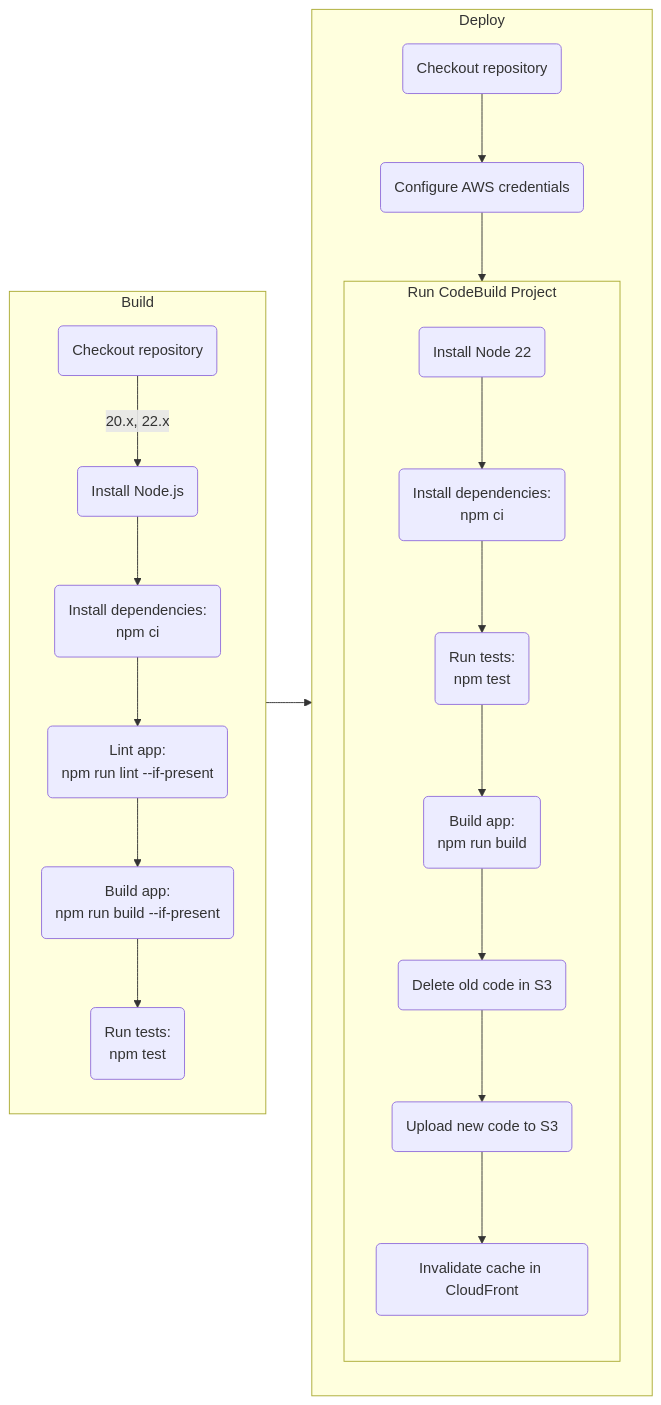
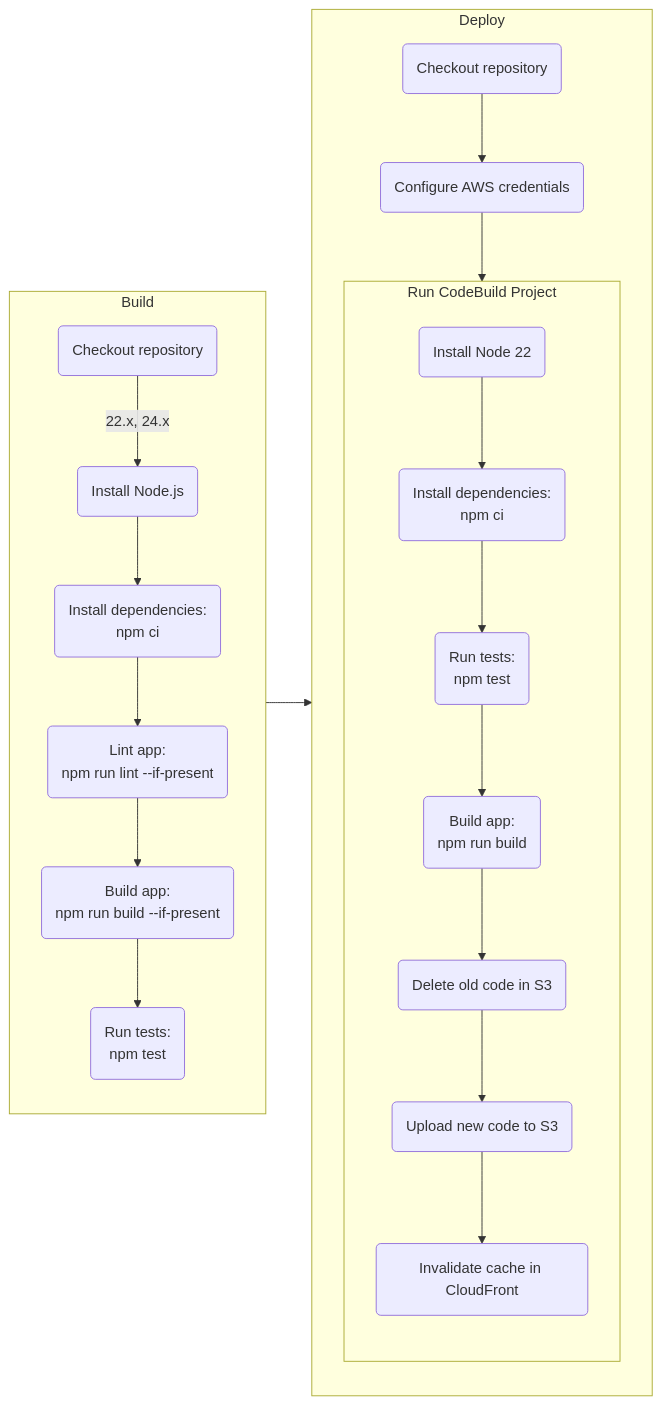
Before and after one commit to Abhiek187/aws-shop: the first of 4 diagrams in README.md, drawn with Mermaid. The commit also changed 1 other file, not shown here.

Commit message:
Update Node versions

````diff
--- a/README.md
+++ b/README.md
@@ -50,30 +50,30 @@
 ```mermaid
 flowchart LR
 
 A --> B
 
 subgraph A [Build]
 direction TB
-C(Checkout repository) -->|20.x, 22.x| D(Install Node.js)
+C(Checkout repository) -->|22.x, 24.x| D(Install Node.js)
 D --> E(Install dependencies:<br>npm ci)
 E --> F(Lint app:<br>npm run lint --if-present)
 F --> G(Build app:<br>npm run build --if-present)
 G --> H(Run tests:<br>npm test)
 end
 
 subgraph B [Deploy]
 direction TB
 I(Checkout repository) --> J(Configure AWS credentials)
 J --> K
 end
 
 subgraph K [Run CodeBuild Project]
 direction TB
 L(Install Node 22) --> M(Install dependencies:<br>npm ci)
 M --> N(Run tests:<br>npm test)
 N --> O(Build app:<br>npm run build)
 O --> P(Delete old code in S3)
 P --> Q(Upload new code to S3)
 Q --> R(Invalidate cache in CloudFront)
 end
 ```
````
